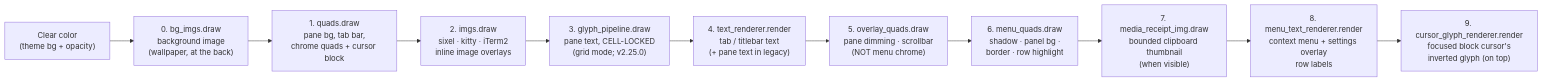
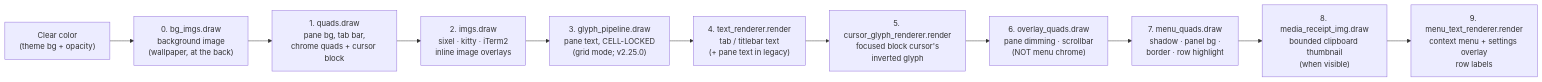
The fifth of 11 diagrams in docs/ARCHITECTURE.md (Reddimus/kettle), drawn with Mermaid before and after one commit. The commit also changed other lines of this file and 4 other files, not shown here.

First line of the commit message:
kettle-render: Draw the cursor's inverted glyph beneath overlays (#497)

````diff
--- a/docs/ARCHITECTURE.md
+++ b/docs/ARCHITECTURE.md
@@ -1509,13 +1509,13 @@
 ```mermaid
 flowchart LR
     clear["Clear color<br/>(theme bg + opacity)"] --> bgimg["0. bg_imgs.draw<br/>background image<br/>(wallpaper, at the back)"]
     bgimg --> quads["1. quads.draw<br/>pane bg, tab bar,<br/>chrome quads + cursor block"]
     quads --> imgs["2. imgs.draw<br/>sixel · kitty · iTerm2<br/>inline image overlays"]
     imgs --> glyph["3. glyph_pipeline.draw<br/>pane text, CELL-LOCKED<br/>(grid mode; v2.25.0)"]
     glyph --> text["4. text_renderer.render<br/>tab / titlebar text<br/>(+ pane text in legacy)"]
-    text --> overlay["5. overlay_quads.draw<br/>pane dimming · scrollbar<br/>(NOT menu chrome)"]
-    overlay --> menuq["6. menu_quads.draw<br/>shadow · panel bg ·<br/>border · row highlight"]
-    menuq --> receipt["7. media_receipt_img.draw<br/>bounded clipboard thumbnail<br/>(when visible)"]
-    receipt --> menut["8. menu_text_renderer.render<br/>context menu + settings overlay<br/>row labels"]
-    menut --> curg["9. cursor_glyph_renderer.render<br/>focused block cursor's<br/>inverted glyph (on top)"]
+    text --> curg["5. cursor_glyph_renderer.render<br/>focused block cursor's<br/>inverted glyph"]
+    curg --> overlay["6. overlay_quads.draw<br/>pane dimming · scrollbar<br/>(NOT menu chrome)"]
+    overlay --> menuq["7. menu_quads.draw<br/>shadow · panel bg ·<br/>border · row highlight"]
+    menuq --> receipt["8. media_receipt_img.draw<br/>bounded clipboard thumbnail<br/>(when visible)"]
+    receipt --> menut["9. menu_text_renderer.render<br/>context menu + settings overlay<br/>row labels"]
 ```
````
